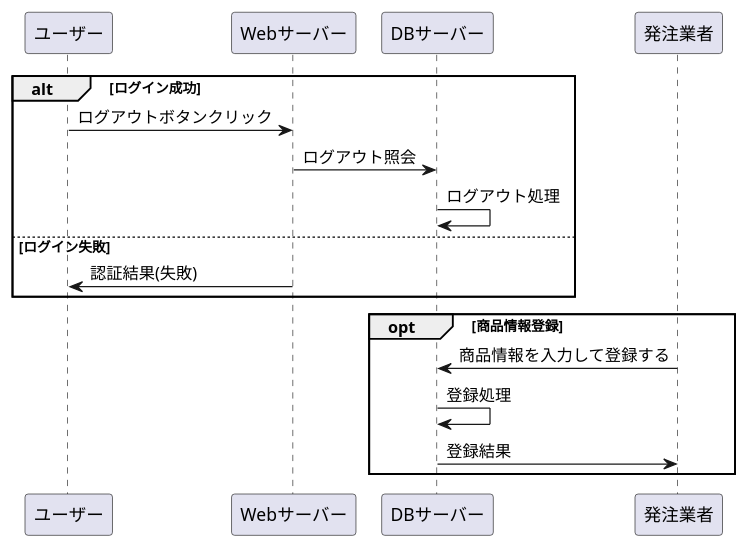
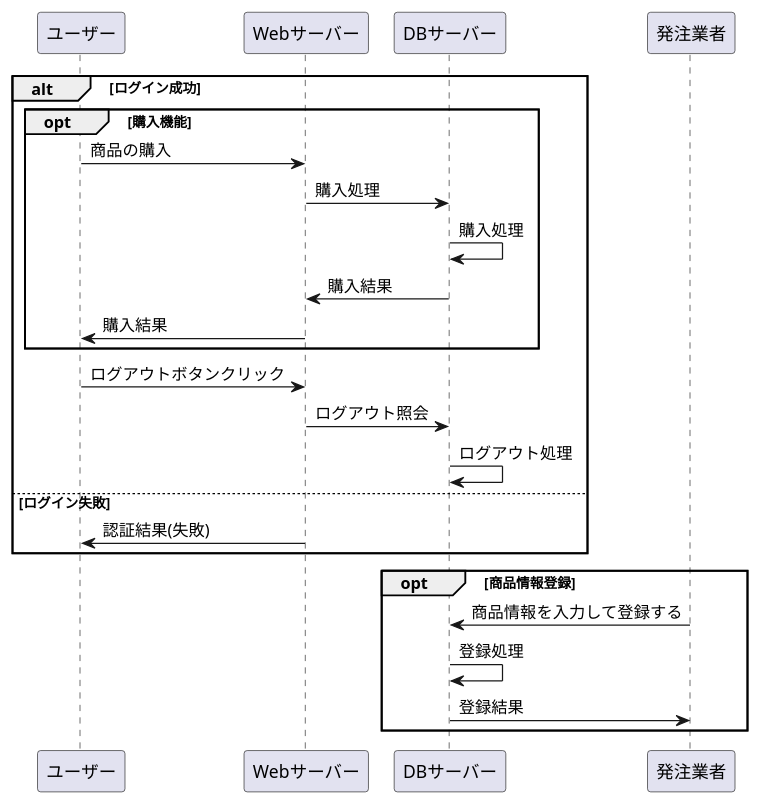
The diagram in cookjob1.md (Aso2001154/2021sys-design), drawn with PlantUML before and after one commit.

````diff
--- a/cookjob1.md
+++ b/cookjob1.md
@@ -1,16 +1,23 @@
 ```uml
 @startuml
 alt ログイン成功
+opt 購入機能
+ユーザー -> Webサーバー : 商品の購入
+Webサーバー -> DBサーバー : 購入処理
+DBサーバー -> DBサーバー : 購入処理
+DBサーバー -> Webサーバー : 購入結果
+Webサーバー -> ユーザー : 購入結果
+end
 ユーザー -> Webサーバー : ログアウトボタンクリック
 Webサーバー -> DBサーバー : ログアウト照会
 DBサーバー -> DBサーバー : ログアウト処理
 else ログイン失敗
 Webサーバー -> ユーザー : 認証結果(失敗)
 end
 opt 商品情報登録
 発注業者 -> DBサーバー : 商品情報を入力して登録する
 DBサーバー -> DBサーバー : 登録処理
 DBサーバー -> 発注業者 : 登録結果
 end
 @enduml
 ```
````
